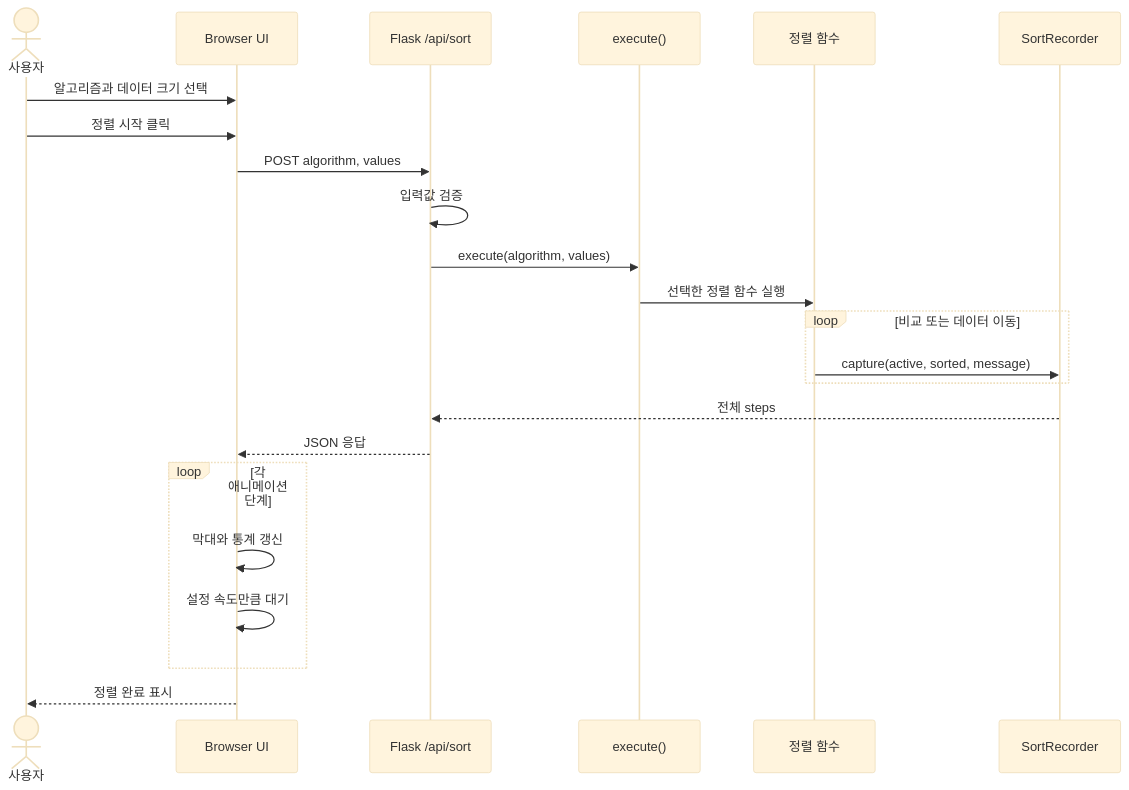
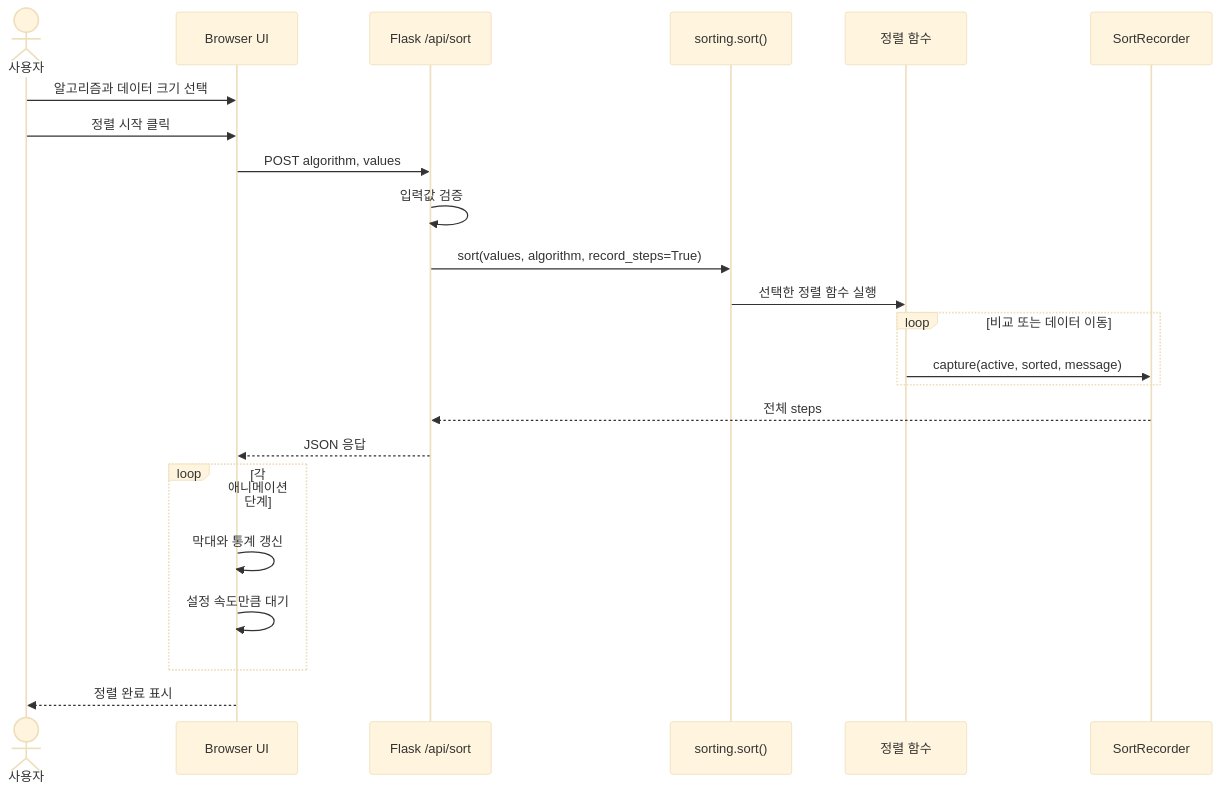
The third of 4 diagrams in docs/TECHNICAL_GUIDE.md (leejj1345/SortingAlgorithmVisualizer), drawn with Mermaid (base theme) before and after one commit. The commit also changed other lines of this file and 8 other files, not shown here.

````diff
--- a/docs/TECHNICAL_GUIDE.md
+++ b/docs/TECHNICAL_GUIDE.md
@@ -226,26 +229,26 @@
 ```mermaid
 sequenceDiagram
     actor User as 사용자
     participant UI as Browser UI
     participant API as Flask /api/sort
-    participant Engine as execute()
+    participant Engine as sorting.sort()
     participant Sort as 정렬 함수
     participant Recorder as SortRecorder
 
     User->>UI: 알고리즘과 데이터 크기 선택
     User->>UI: 정렬 시작 클릭
     UI->>API: POST algorithm, values
     API->>API: 입력값 검증
-    API->>Engine: execute(algorithm, values)
+    API->>Engine: sort(values, algorithm, record_steps=True)
     Engine->>Sort: 선택한 정렬 함수 실행
     loop 비교 또는 데이터 이동
         Sort->>Recorder: capture(active, sorted, message)
     end
     Recorder-->>API: 전체 steps
     API-->>UI: JSON 응답
     loop 각 애니메이션 단계
         UI->>UI: 막대와 통계 갱신
         UI->>UI: 설정 속도만큼 대기
     end
     UI-->>User: 정렬 완료 표시
 ```
````
